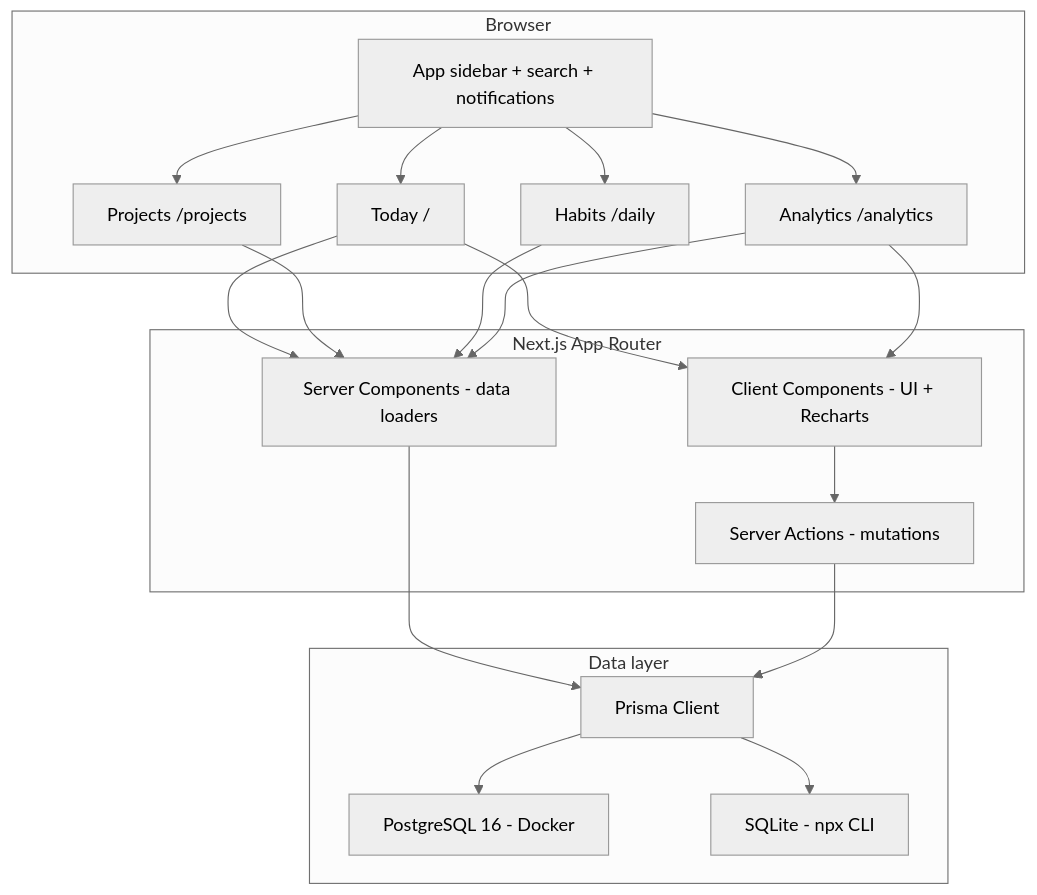
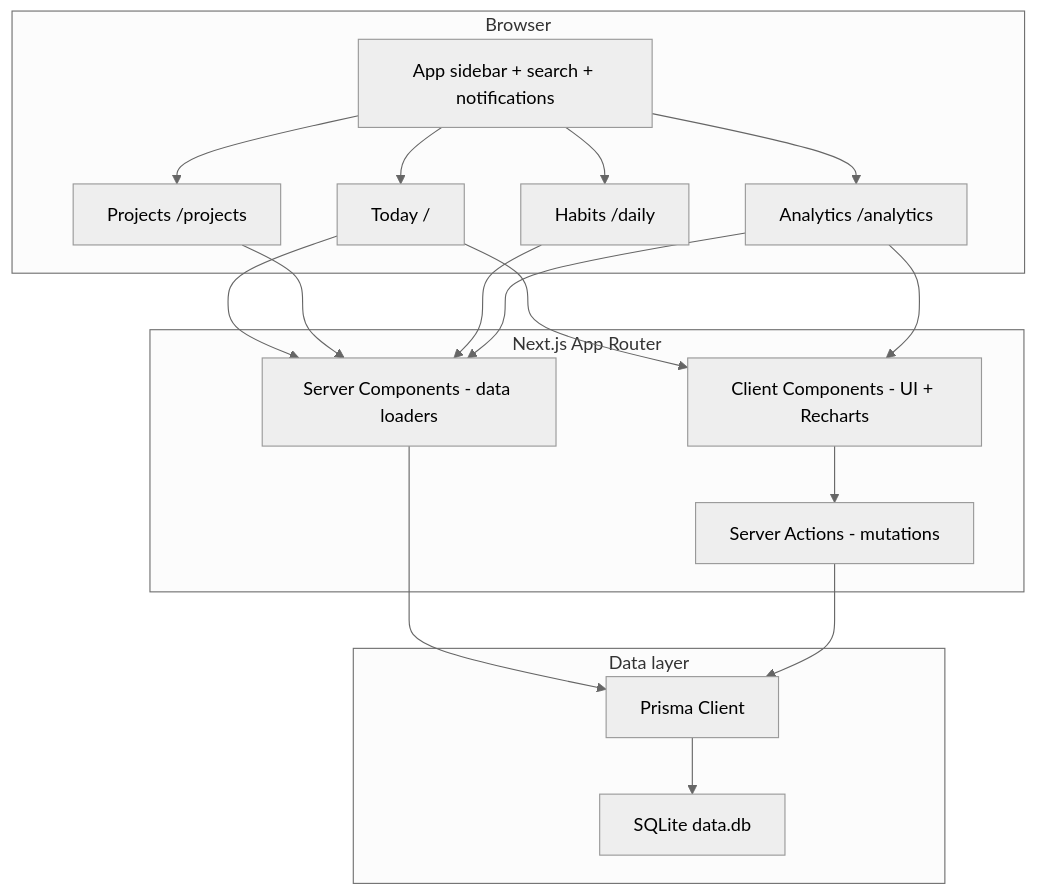
One commit to baselhusam/daily-hub changed the first of 2 diagrams in docs/ARCHITECTURE.md. Above: the diagram before and after it, drawn with Mermaid (neutral theme). The commit also changed other lines of this file and 32 other files, not shown here.

First line of the commit message:
Use SQLite everywhere and drop PostgreSQL.

````diff
--- a/docs/ARCHITECTURE.md
+++ b/docs/ARCHITECTURE.md
@@ -7,38 +7,36 @@
 ```mermaid
 flowchart TB
   subgraph client [Browser]
     Today["Today /"]
     Projects["Projects /projects"]
     Daily["Habits /daily"]
     Analytics["Analytics /analytics"]
     Sidebar["App sidebar + search + notifications"]
   end
 
   subgraph nextjs [Next.js App Router]
     RSC["Server Components - data loaders"]
     Actions["Server Actions - mutations"]
     Client["Client Components - UI + Recharts"]
   end
 
   subgraph data [Data layer]
     Prisma["Prisma Client"]
-    PG["PostgreSQL 16 - Docker"]
-    SQLite["SQLite - npx CLI"]
+    SQLite["SQLite data.db"]
   end
 
   Sidebar --> Today
   Sidebar --> Projects
   Sidebar --> Daily
   Sidebar --> Analytics
   Today --> RSC
   Projects --> RSC
   Daily --> RSC
   Analytics --> RSC
   Today --> Client
   Analytics --> Client
   Client --> Actions
   RSC --> Prisma
   Actions --> Prisma
-  Prisma --> PG
   Prisma --> SQLite
 ```
````
